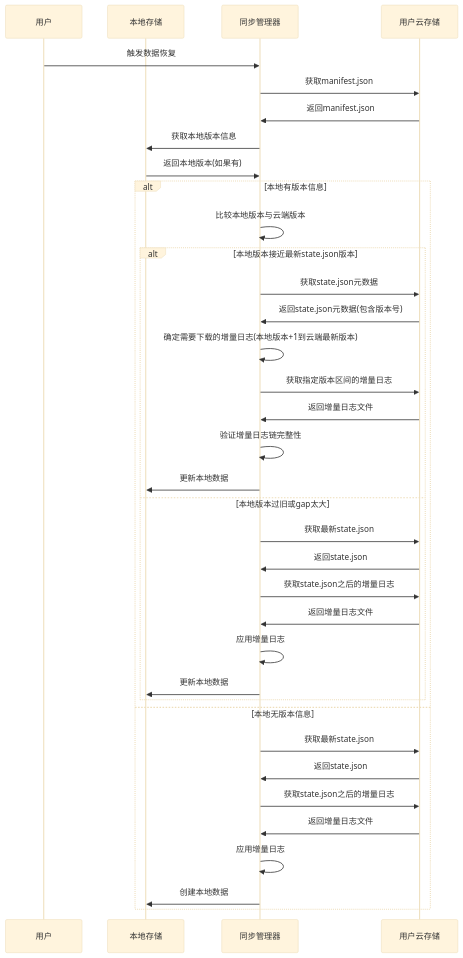
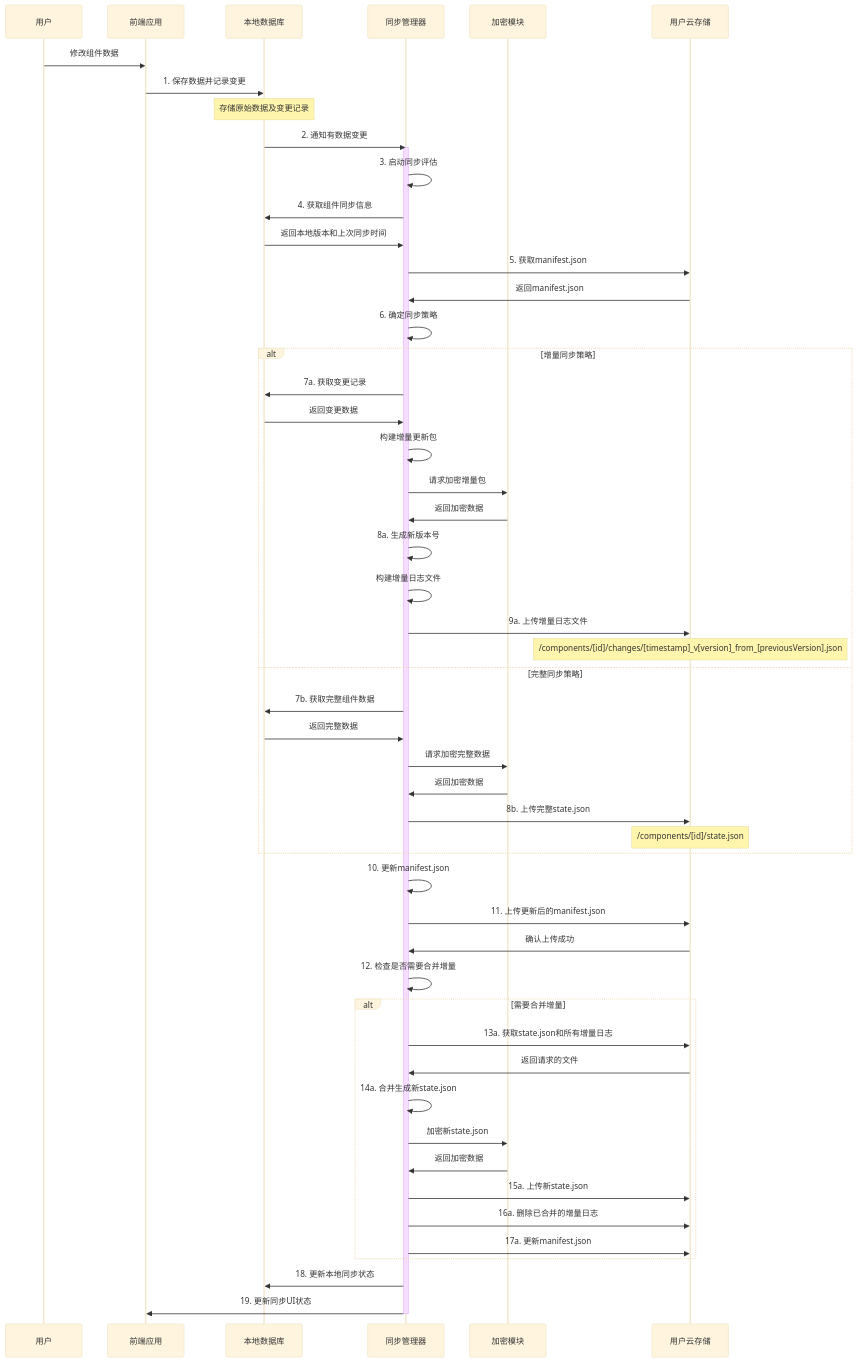
Before and after one commit to yingjianzh/iodraw-files: the diagram in all/未命名-36.md, drawn with Mermaid (base theme).

Commit message:
2025-04-18 15:53:24 update

````diff
--- a/all/未命名-36.md
+++ b/all/未命名-36.md
@@ -1,48 +1,71 @@
 ```mermaid
 sequenceDiagram
     participant User as 用户
-    participant LocalDB as 本地存储
+    participant Frontend as 前端应用
+    participant LocalDB as 本地数据库
     participant SyncM as 同步管理器
+    participant CryptoM as 加密模块
     participant UserCloud as 用户云存储
     
-    User->>SyncM: 触发数据恢复
-    SyncM->>UserCloud: 获取manifest.json
+    User->>Frontend: 修改组件数据
+    Frontend->>LocalDB: 1. 保存数据并记录变更
+    Note over LocalDB: 存储原始数据及变更记录
+    LocalDB->>SyncM: 2. 通知有数据变更
+    
+    activate SyncM
+    SyncM->>SyncM: 3. 启动同步评估
+    
+    SyncM->>LocalDB: 4. 获取组件同步信息
+    LocalDB->>SyncM: 返回本地版本和上次同步时间
+    
+    SyncM->>UserCloud: 5. 获取manifest.json
     UserCloud->>SyncM: 返回manifest.json
     
-    SyncM->>LocalDB: 获取本地版本信息
-    LocalDB->>SyncM: 返回本地版本(如果有)
+    SyncM->>SyncM: 6. 确定同步策略
     
-    alt 本地有版本信息
-        SyncM->>SyncM: 比较本地版本与云端版本
+    alt 增量同步策略
+        SyncM->>LocalDB: 7a. 获取变更记录
+        LocalDB->>SyncM: 返回变更数据
+        SyncM->>SyncM: 构建增量更新包
+        SyncM->>CryptoM: 请求加密增量包
+        CryptoM->>SyncM: 返回加密数据
         
-        alt 本地版本接近最新state.json版本
-            SyncM->>UserCloud: 获取state.json元数据
-            UserCloud->>SyncM: 返回state.json元数据(包含版本号)
-            
-            SyncM->>SyncM: 确定需要下载的增量日志(本地版本+1到云端最新版本)
-            SyncM->>UserCloud: 获取指定版本区间的增量日志
-            UserCloud->>SyncM: 返回增量日志文件
-            
-            SyncM->>SyncM: 验证增量日志链完整性
-            SyncM->>LocalDB: 更新本地数据
-        else 本地版本过旧或gap太大
-            SyncM->>UserCloud: 获取最新state.json
-            UserCloud->>SyncM: 返回state.json
-            
-            SyncM->>UserCloud: 获取state.json之后的增量日志
-            UserCloud->>SyncM: 返回增量日志文件
-            
-            SyncM->>SyncM: 应用增量日志
-            SyncM->>LocalDB: 更新本地数据
-        end
-    else 本地无版本信息
-        SyncM->>UserCloud: 获取最新state.json
-        UserCloud->>SyncM: 返回state.json
+        SyncM->>SyncM: 8a. 生成新版本号
+        SyncM->>SyncM: 构建增量日志文件
         
-        SyncM->>UserCloud: 获取state.json之后的增量日志
-        UserCloud->>SyncM: 返回增量日志文件
+        SyncM->>UserCloud: 9a. 上传增量日志文件
+        Note over UserCloud: /components/[id]/changes/[timestamp]_v[version]_from_[previousVersion].json
         
-        SyncM->>SyncM: 应用增量日志
-        SyncM->>LocalDB: 创建本地数据
+    else 完整同步策略
+        SyncM->>LocalDB: 7b. 获取完整组件数据
+        LocalDB->>SyncM: 返回完整数据
+        SyncM->>CryptoM: 请求加密完整数据
+        CryptoM->>SyncM: 返回加密数据
+        
+        SyncM->>UserCloud: 8b. 上传完整state.json
+        Note over UserCloud: /components/[id]/state.json
     end
+    
+    SyncM->>SyncM: 10. 更新manifest.json
+    SyncM->>UserCloud: 11. 上传更新后的manifest.json
+    UserCloud->>SyncM: 确认上传成功
+    
+    SyncM->>SyncM: 12. 检查是否需要合并增量
+    
+    alt 需要合并增量
+        SyncM->>UserCloud: 13a. 获取state.json和所有增量日志
+        UserCloud->>SyncM: 返回请求的文件
+        
+        SyncM->>SyncM: 14a. 合并生成新state.json
+        SyncM->>CryptoM: 加密新state.json
+        CryptoM->>SyncM: 返回加密数据
+        
+        SyncM->>UserCloud: 15a. 上传新state.json
+        SyncM->>UserCloud: 16a. 删除已合并的增量日志
+        SyncM->>UserCloud: 17a. 更新manifest.json
+    end
+    
+    SyncM->>LocalDB: 18. 更新本地同步状态
+    SyncM->>Frontend: 19. 更新同步UI状态
+    deactivate SyncM
 ```
````
